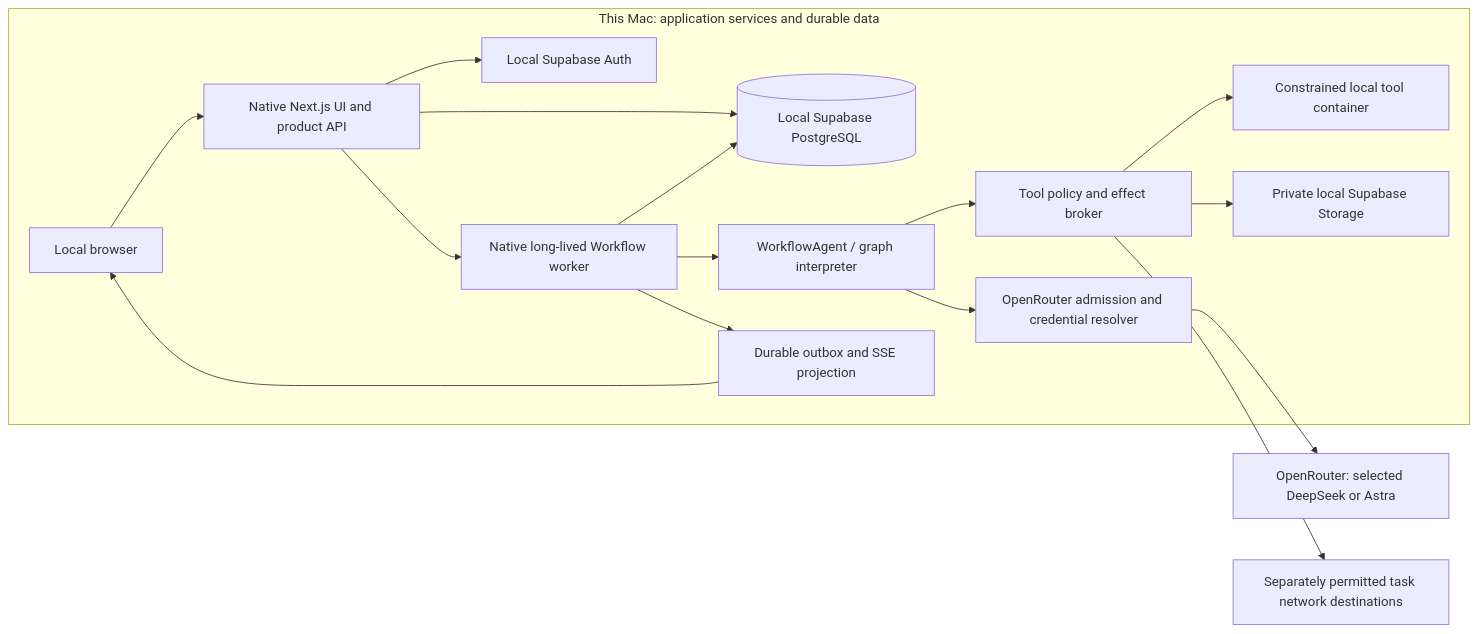
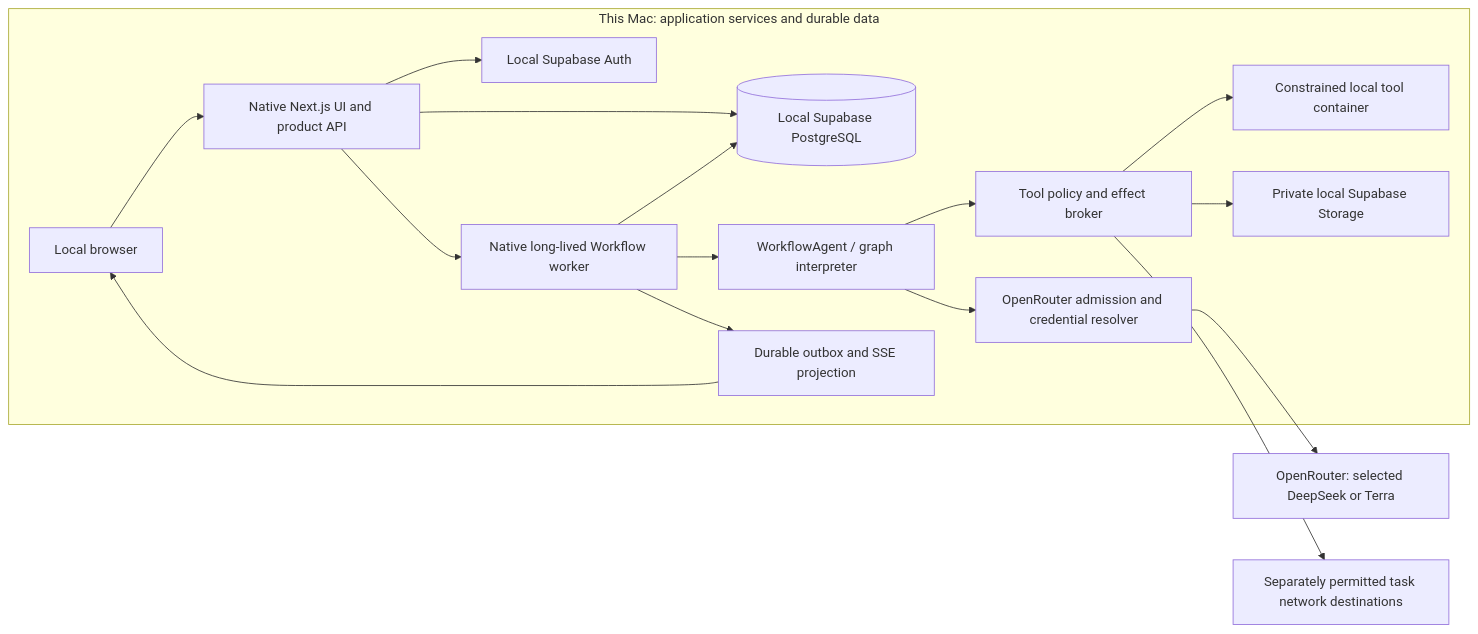
The first of 2 diagrams in PRD-NextJS.md (josoroma/autobots), drawn with Mermaid before and after one commit. The commit also changed other lines of this file and 38 other files, not shown here.

First line of the commit message:
Replace Astra with Terra as the second approved model

````diff
--- a/PRD-NextJS.md
+++ b/PRD-NextJS.md
@@ -114,19 +114,19 @@
 ```mermaid
 flowchart LR
   subgraph MAC[This Mac: application services and durable data]
     U[Local browser] --> N[Native Next.js UI and product API]
     N --> H[Local Supabase Auth]
     N --> D[(Local Supabase PostgreSQL)]
     N --> W[Native long-lived Workflow worker]
     W --> A[WorkflowAgent / graph interpreter]
     A --> M[OpenRouter admission and credential resolver]
     A --> P[Tool policy and effect broker]
     P --> S[Constrained local tool container]
     P --> F[Private local Supabase Storage]
     W --> D
     W --> E[Durable outbox and SSE projection]
     E --> U
   end
-  M --> O[OpenRouter: selected DeepSeek or Astra]
+  M --> O[OpenRouter: selected DeepSeek or Terra]
   P --> X[Separately permitted task network destinations]
 ```
````
